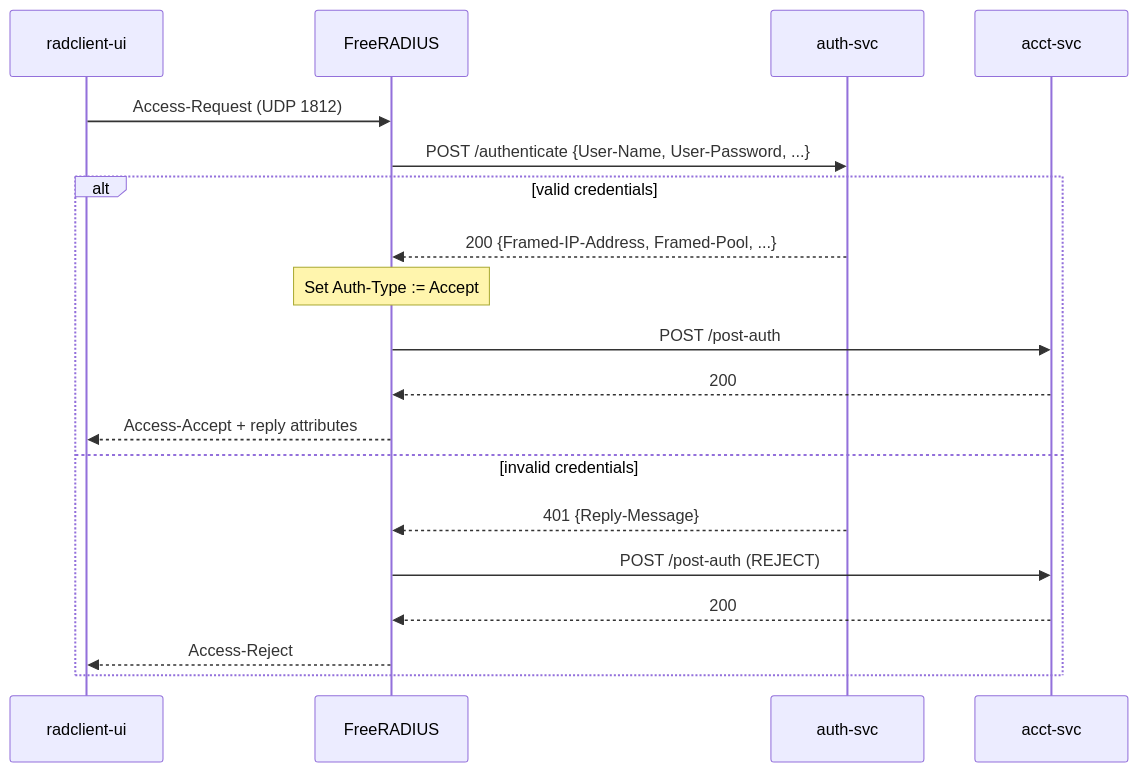
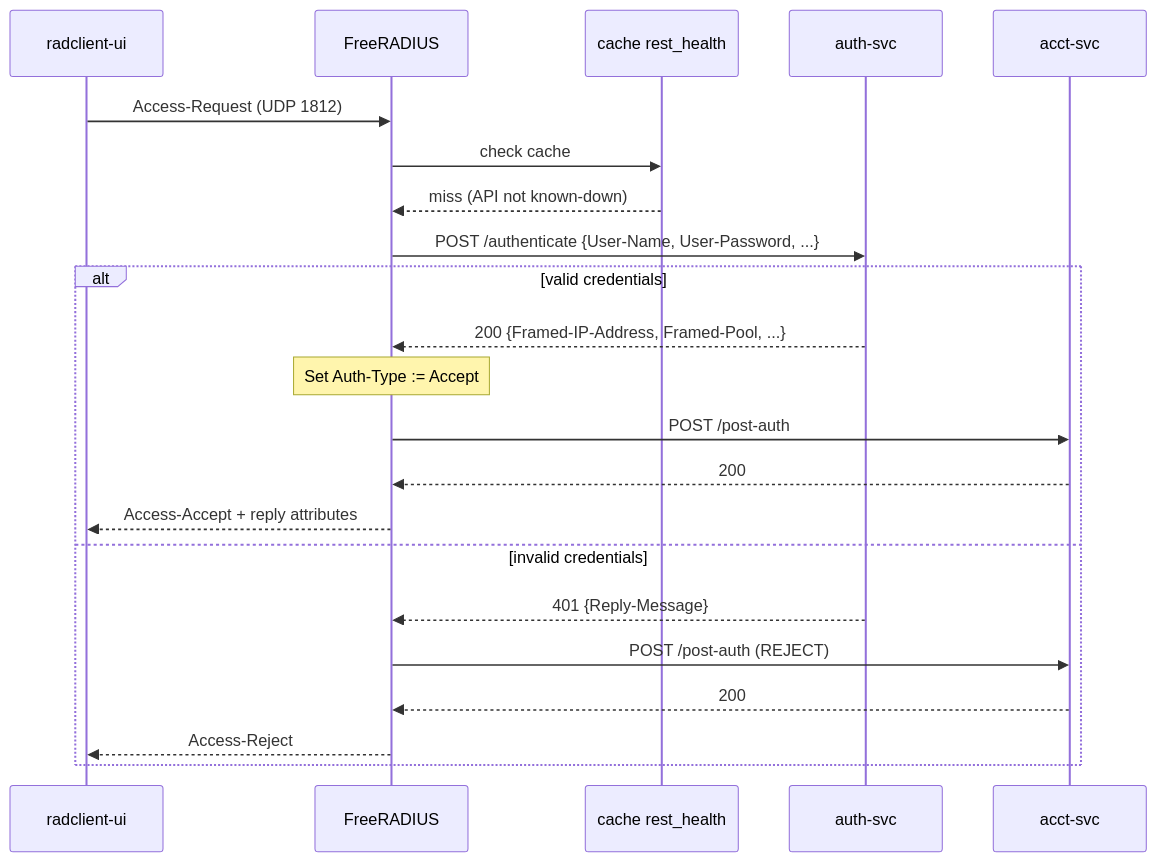
The second of 7 diagrams in README.md (Work-Systems-Ltd/freeradius-http-auth), drawn with Mermaid before and after one commit. The commit also changed other lines of this file, not shown here.

````diff
--- a/README.md
+++ b/README.md
@@ -26,22 +27,25 @@
 ```mermaid
 sequenceDiagram
     participant UI as radclient-ui
     participant FR as FreeRADIUS
+    participant C as cache rest_health
     participant AS as auth-svc
     participant AC as acct-svc
 
     UI->>FR: Access-Request (UDP 1812)
+    FR->>C: check cache
+    C-->>FR: miss (API not known-down)
     FR->>AS: POST /authenticate {User-Name, User-Password, ...}
     alt valid credentials
         AS-->>FR: 200 {Framed-IP-Address, Framed-Pool, ...}
         Note over FR: Set Auth-Type := Accept
         FR->>AC: POST /post-auth
         AC-->>FR: 200
         FR-->>UI: Access-Accept + reply attributes
     else invalid credentials
         AS-->>FR: 401 {Reply-Message}
         FR->>AC: POST /post-auth (REJECT)
         AC-->>FR: 200
         FR-->>UI: Access-Reject
     end
 ```
````
